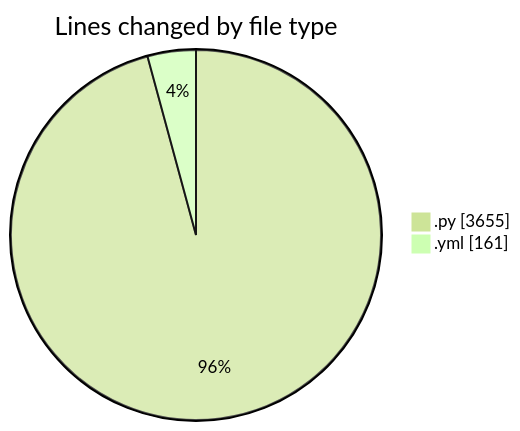
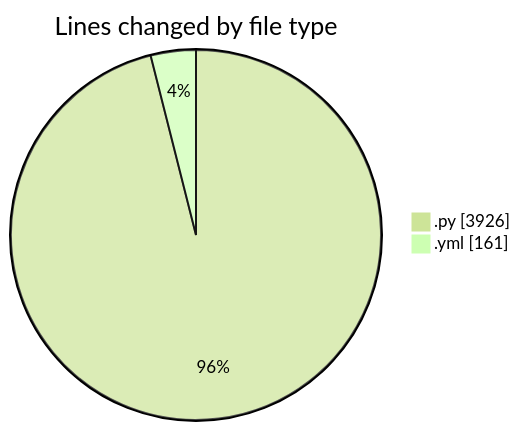
Before and after one commit to julien-gomy/code-tracking: the first of 2 diagrams in 2025-10-15/eventscop-api-guide__workspace_/README.md, drawn with Mermaid (forest theme). The commit also changed other lines of this file and 1 other file, not shown here.

````diff
--- a/2025-10-15/eventscop-api-guide__workspace_/README.md
+++ b/2025-10-15/eventscop-api-guide__workspace_/README.md
@@ -26,6 +28,6 @@
 ```mermaid
 pie showData
 title Lines changed by file type
-".py" : 3655
+".py" : 3926
 ".yml" : 161
 ```
````
